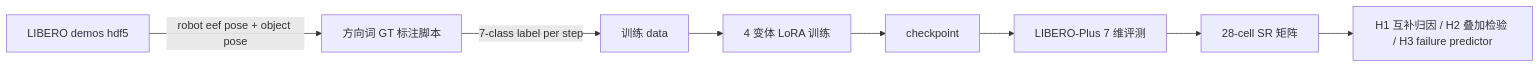
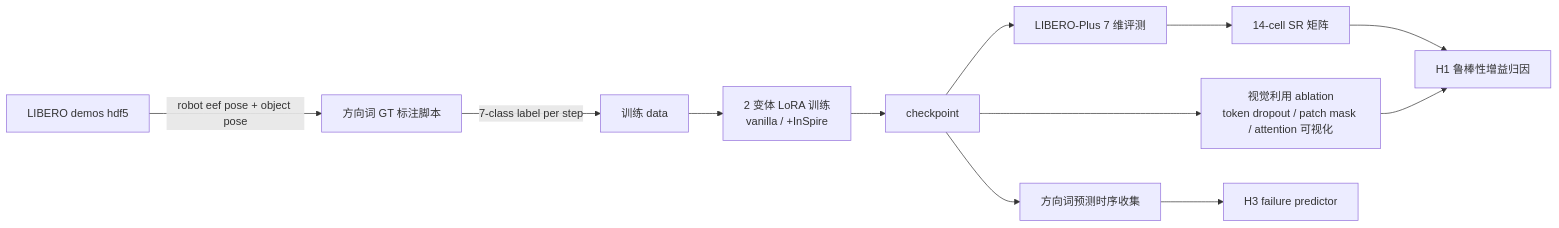
The diagram in 曦源项目/版本二/立项调研/08_最终方案_FocusVLA_InSpire互补研究.md (T1doo/Research-of-T1doo), drawn with Mermaid before and after one commit. The commit also changed other lines of this file and 5 other files, not shown here.

First line of the commit message:
版本二 v2 修订：scope 降级（4 变体 → 2 变体 + 视觉利用 ablation）

````diff
--- a/曦源项目/版本二/立项调研/08_最终方案_FocusVLA_InSpire互补研究.md
+++ b/曦源项目/版本二/立项调研/08_最终方案_FocusVLA_InSpire互补研究.md
@@ -277,10 +292,14 @@
 ```mermaid
 graph LR
     A[LIBERO demos hdf5] -->|robot eef pose + object pose| B[方向词 GT 标注脚本]
     B -->|7-class label per step| C[训练 data]
-    C --> D[4 变体 LoRA 训练]
+    C --> D[2 变体 LoRA 训练<br/>vanilla / +InSpire]
     D --> E[checkpoint]
     E --> F[LIBERO-Plus 7 维评测]
-    F --> G[28-cell SR 矩阵]
-    G --> H[H1 互补归因 / H2 叠加检验 / H3 failure predictor]
+    F --> G[14-cell SR 矩阵]
+    G --> H1[H1 鲁棒性增益归因]
+    E --> I[视觉利用 ablation<br/>token dropout / patch mask / attention 可视化]
+    I --> H1
+    E --> J[方向词预测时序收集]
+    J --> H3[H3 failure predictor]
 ```
````
